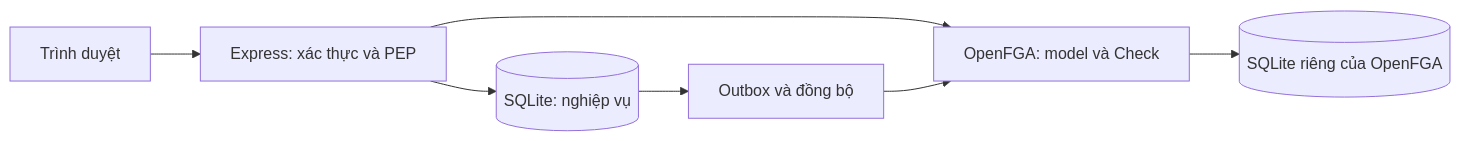
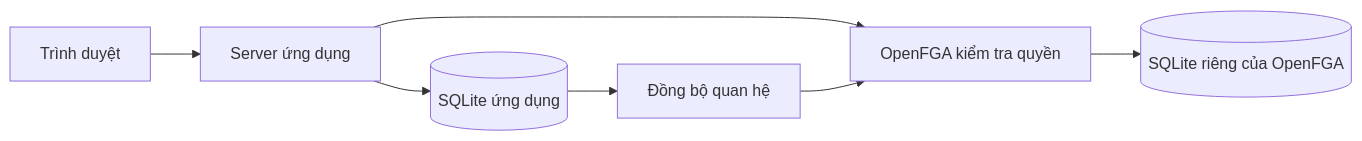
The first of 4 diagrams in report.md (giabao1509/AdvanceWeb_Assigment), drawn with Mermaid before and after one commit. The commit also changed other lines of this file and 5 other files, not shown here.

````diff
--- a/report.md
+++ b/report.md
@@ -9,9 +13,9 @@
 ```mermaid
 flowchart LR
-  UI[Trình duyệt] --> API[Express: xác thực và PEP]
-  API --> DB[(SQLite: nghiệp vụ)]
-  API --> FGA[OpenFGA: model và Check]
+  UI[Trình duyệt] --> API[Server ứng dụng]
+  API --> DB[(SQLite ứng dụng)]
+  API --> FGA[OpenFGA kiểm tra quyền]
   FGA --> FGA_DB[(SQLite riêng của OpenFGA)]
-  DB --> SYNC[Outbox và đồng bộ]
+  DB --> SYNC[Đồng bộ quan hệ]
   SYNC --> FGA
 ```
````
